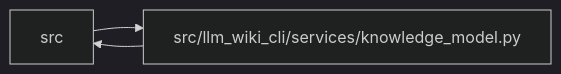
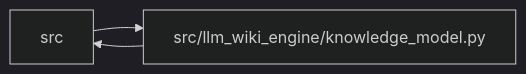
Before and after one commit to Denissvgn/python-wiki-llm: the diagram in docs/llm_wiki/modules/knowledge_model.md, drawn with Mermaid (dark theme). The commit also changed other lines of this file and 1058 other files, not shown here.

First line of the commit message:
docs: refresh the wiki for the knowledge store move

````diff
--- a/docs/llm_wiki/modules/knowledge_model.md
+++ b/docs/llm_wiki/modules/knowledge_model.md
@@ -56,8 +56,8 @@
 ```mermaid
 flowchart LR
     n0["src"]
-    n1["src/llm_wiki_cli/services/knowledge_model.py"]
+    n1["src/llm_wiki_engine/knowledge_model.py"]
     n0 --> n1
     n1 --> n0
     click n1 "../modules/knowledge_model.md"
 ```
````
